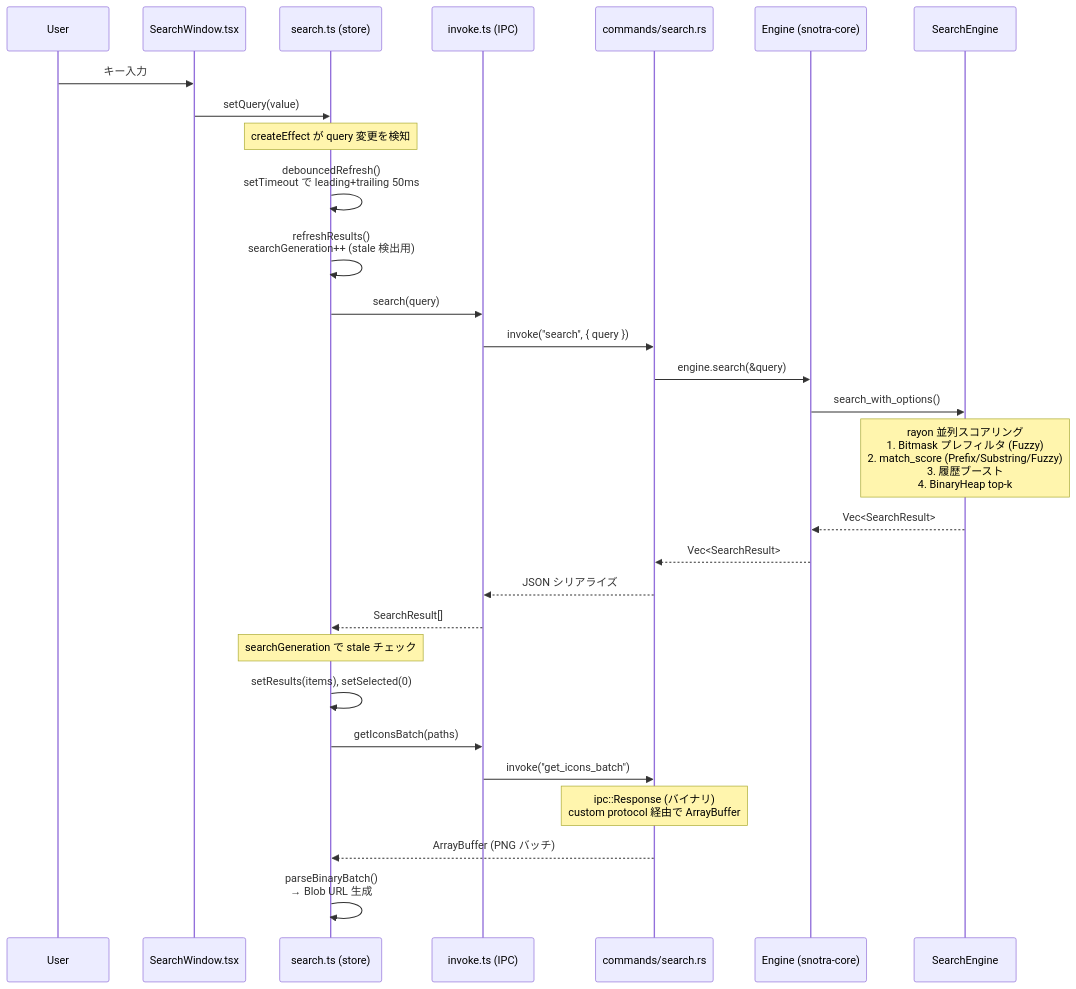
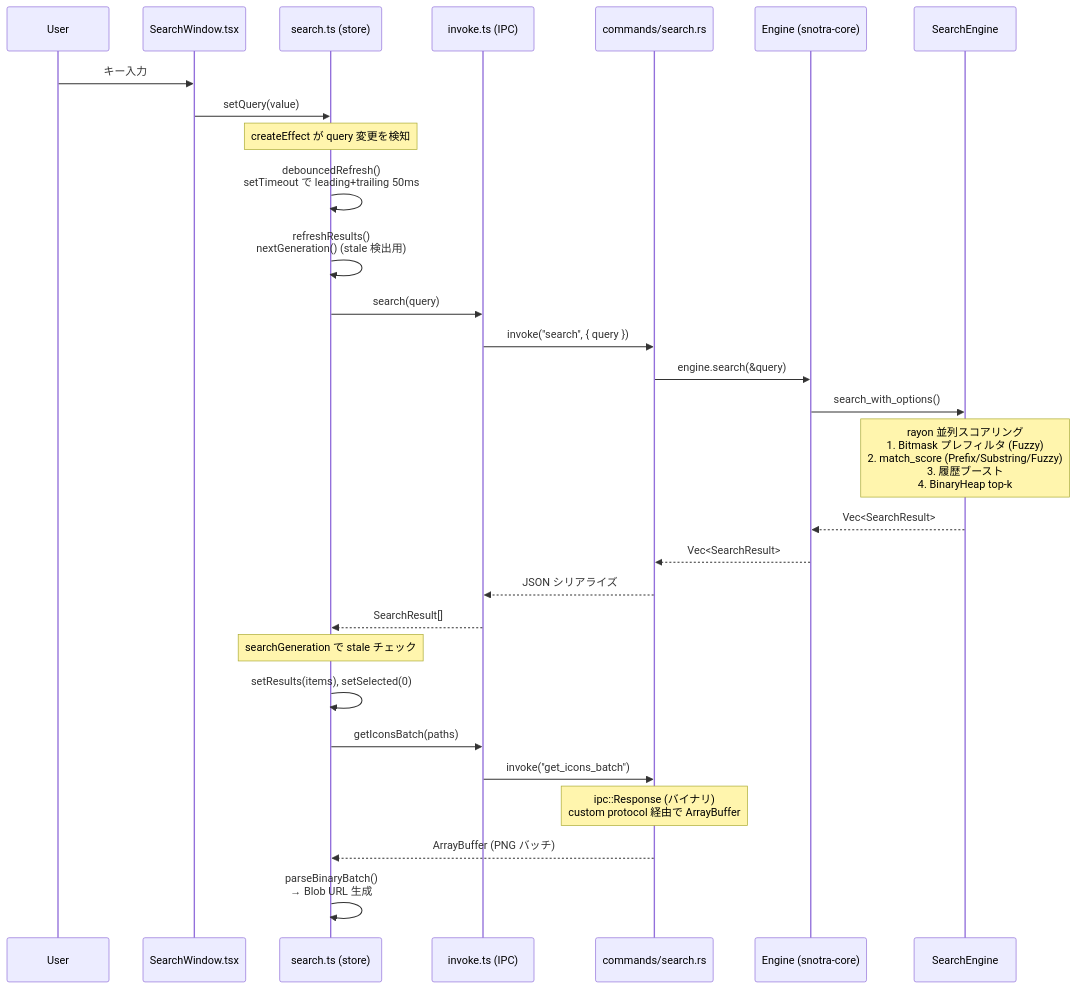
Before and after one commit to finelagusaz/Snotra: the diagram in docs/architecture.md, drawn with Mermaid. The commit also changed other lines of this file and 10 other files, not shown here.

````diff
--- a/docs/architecture.md
+++ b/docs/architecture.md
@@ -171,42 +171,42 @@
 ```mermaid
 sequenceDiagram
     participant User
     participant SW as SearchWindow.tsx
     participant SS as search.ts (store)
     participant API as invoke.ts (IPC)
     participant Cmd as commands/search.rs
     participant Eng as Engine (snotra-core)
     participant SE as SearchEngine
 
     User->>SW: キー入力
     SW->>SS: setQuery(value)
 
     Note over SS: createEffect が query 変更を検知
 
     SS->>SS: debouncedRefresh()<br/>setTimeout で leading+trailing 50ms
 
-    SS->>SS: refreshResults()<br/>searchGeneration++ (stale 検出用)
+    SS->>SS: refreshResults()<br/>nextGeneration() (stale 検出用)
     SS->>API: search(query)
     API->>Cmd: invoke("search", { query })
     Cmd->>Eng: engine.search(&query)
     Eng->>SE: search_with_options()
 
     Note over SE: rayon 並列スコアリング<br/>1. Bitmask プレフィルタ (Fuzzy)<br/>2. match_score (Prefix/Substring/Fuzzy)<br/>3. 履歴ブースト<br/>4. BinaryHeap top-k
 
     SE-->>Eng: Vec<SearchResult>
     Eng-->>Cmd: Vec<SearchResult>
     Cmd-->>API: JSON シリアライズ
     API-->>SS: SearchResult[]
 
     Note over SS: searchGeneration で stale チェック
 
     SS->>SS: setResults(items), setSelected(0)
 
     SS->>API: getIconsBatch(paths)
     API->>Cmd: invoke("get_icons_batch")
 
     Note over Cmd: ipc::Response (バイナリ)<br/>custom protocol 経由で ArrayBuffer
 
     Cmd-->>SS: ArrayBuffer (PNG バッチ)
     SS->>SS: parseBinaryBatch()<br/>→ Blob URL 生成
 ```
````
